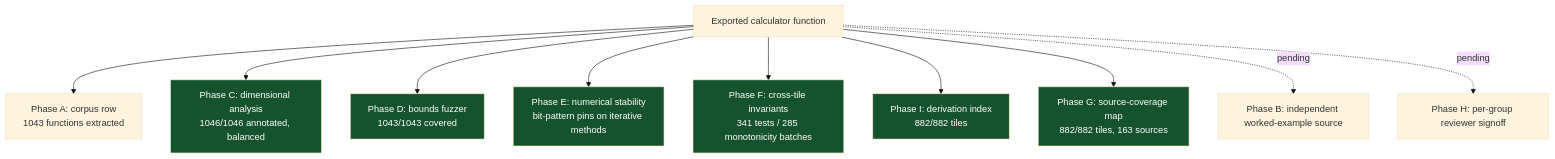
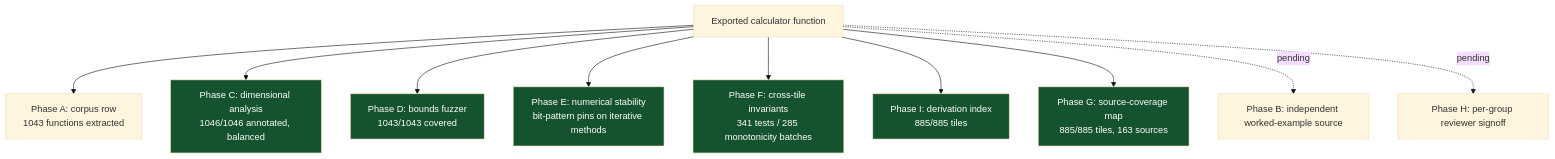
One commit to clay-good/roughlogic.com changed the sixth of 8 diagrams in README.md. Above: the diagram before and after it, drawn with Mermaid (base theme). The commit also changed other lines of this file and 19 other files, not shown here.

````diff
--- a/README.md
+++ b/README.md
@@ -519,18 +519,18 @@
 ```mermaid
 flowchart TB
     F[Exported calculator function] --> A[Phase A: corpus row\n1043 functions extracted]
     F --> C[Phase C: dimensional analysis\n1046/1046 annotated, balanced]
     F --> D[Phase D: bounds fuzzer\n1043/1043 covered]
     F --> E[Phase E: numerical stability\nbit-pattern pins on iterative methods]
     F --> Fa[Phase F: cross-tile invariants\n341 tests / 285 monotonicity batches]
-    F --> I[Phase I: derivation index\n882/882 tiles]
-    F --> G[Phase G: source-coverage map\n882/882 tiles, 163 sources]
+    F --> I[Phase I: derivation index\n885/885 tiles]
+    F --> G[Phase G: source-coverage map\n885/885 tiles, 163 sources]
     F -.pending.-> B[Phase B: independent worked-example source]
     F -.pending.-> H[Phase H: per-group reviewer signoff]
     style C fill:#14532d,color:#fff
     style D fill:#14532d,color:#fff
     style E fill:#14532d,color:#fff
     style Fa fill:#14532d,color:#fff
     style G fill:#14532d,color:#fff
     style I fill:#14532d,color:#fff
 ```
````
